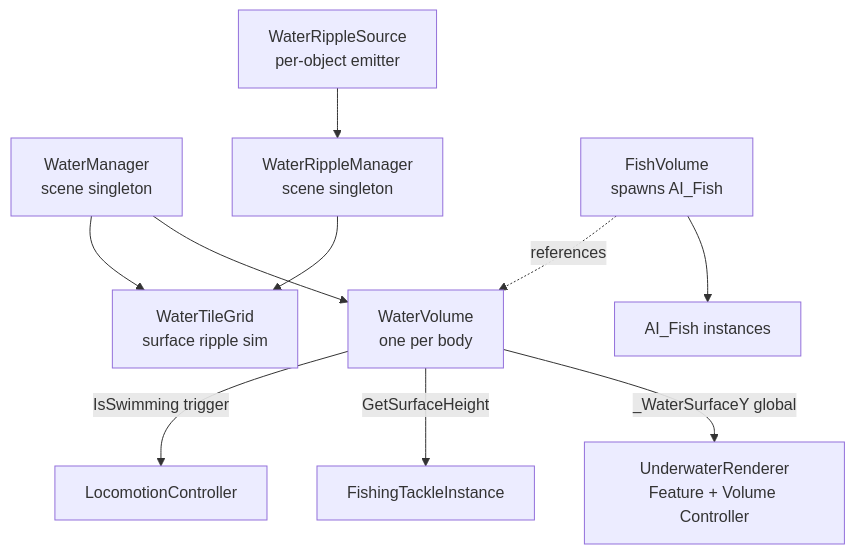
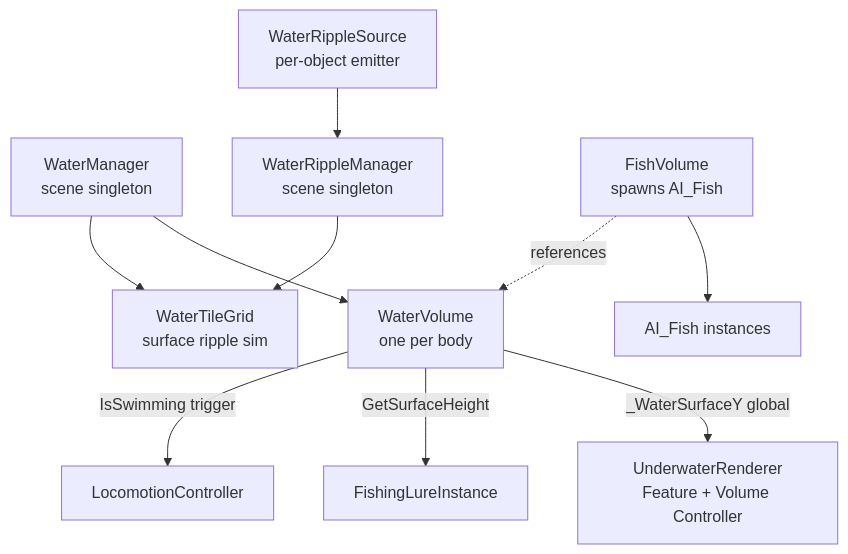
Before and after one commit to SolAuror/FishBox: the diagram in docs/systems/water.md, drawn with Mermaid. The commit also changed 242 other files, not shown here.

````diff
--- a/docs/systems/water.md
+++ b/docs/systems/water.md
@@ -36,20 +36,20 @@
 ```mermaid
 flowchart TD
     WM[WaterManager<br/>scene singleton]
     WRM[WaterRippleManager<br/>scene singleton]
     WV[WaterVolume<br/>one per body]
     WT[WaterTileGrid<br/>surface ripple sim]
     URC[UnderwaterRenderer<br/>Feature + Volume Controller]
     FV[FishVolume<br/>spawns AI_Fish]
     WRS[WaterRippleSource<br/>per-object emitter]
 
     WM --> WT
     WM --> WV
     WRM --> WT
     WRS --> WRM
     WV -->|IsSwimming trigger| Locomotion[LocomotionController]
-    WV -->|GetSurfaceHeight| Fishing[FishingTackleInstance]
+    WV -->|GetSurfaceHeight| Fishing[FishingLureInstance]
     WV -->|_WaterSurfaceY global| URC
     FV -.->|references| WV
     FV --> Fish[AI_Fish instances]
 ```
````
